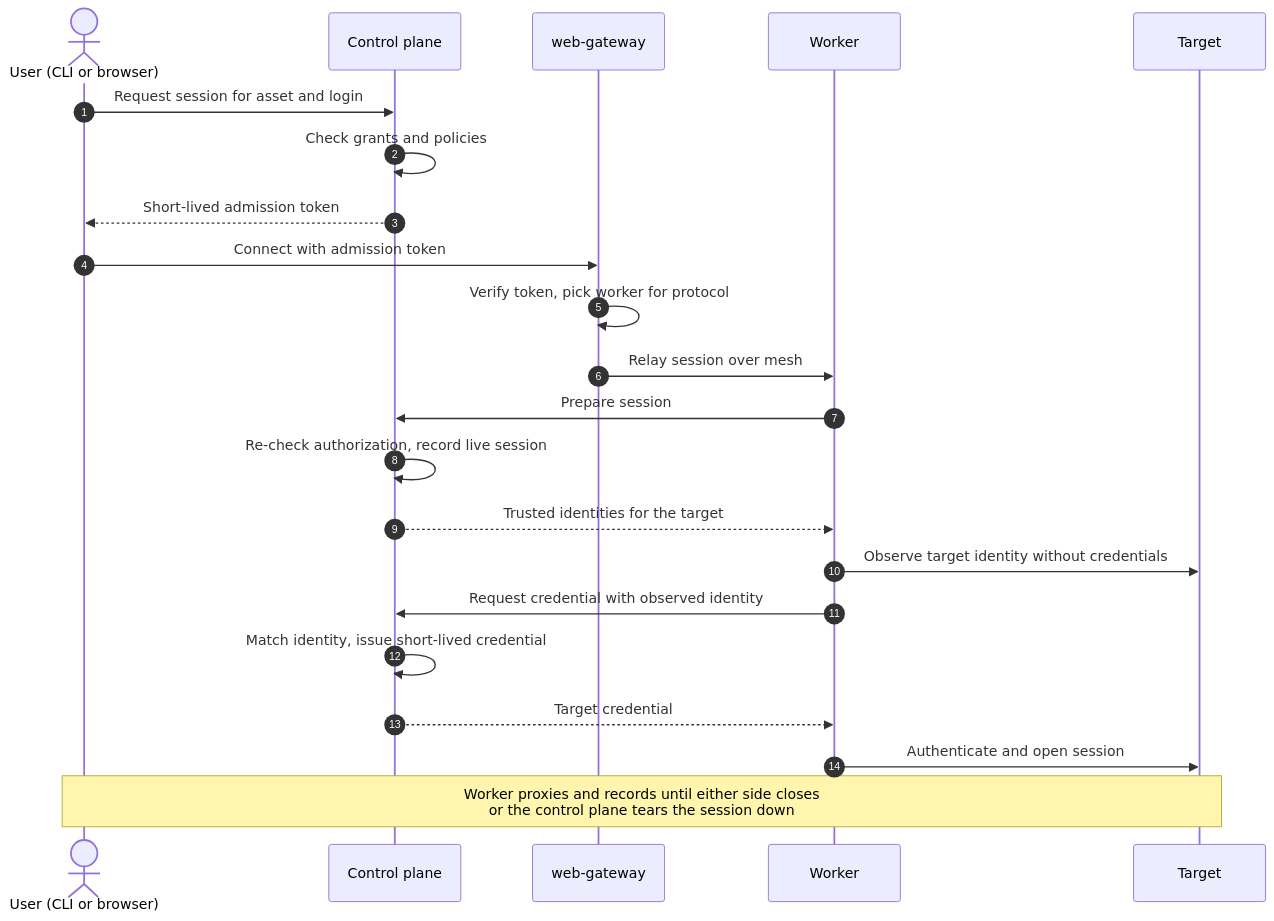
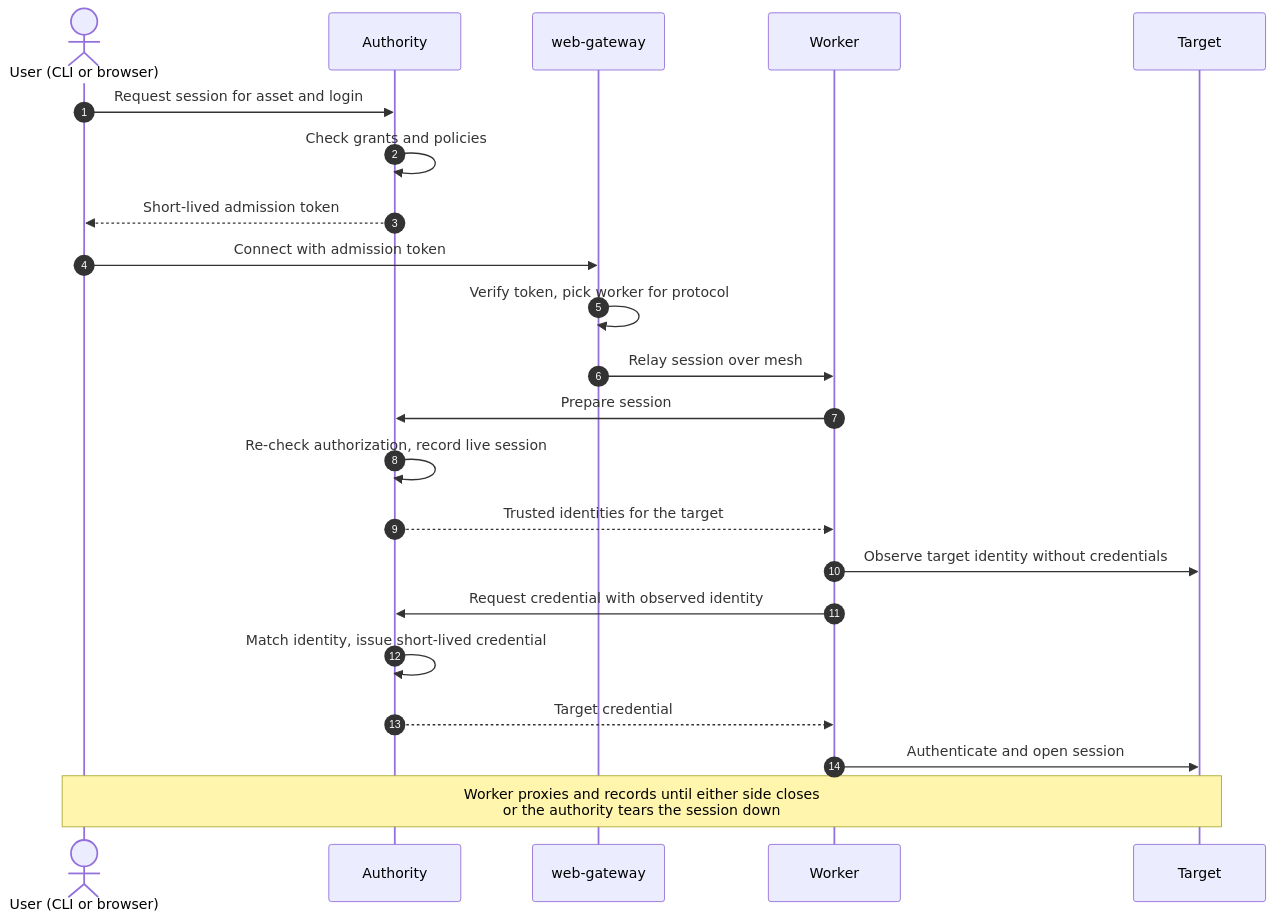
The second of 6 diagrams in teps/0002-architecture/README.md (tidegate-dev/enhancements), drawn with Mermaid before and after one commit. The commit also changed other lines of this file, not shown here.

First line of the commit message:
docs: rename the control plane to the authority in TEP-0002 (#9)

````diff
--- a/teps/0002-architecture/README.md
+++ b/teps/0002-architecture/README.md
@@ -197,25 +197,25 @@
 ```mermaid
 sequenceDiagram
     autonumber
     actor U as User (CLI or browser)
-    participant CP as Control plane
+    participant AU as Authority
     participant GW as web-gateway
     participant W as Worker
     participant T as Target
 
-    U->>CP: Request session for asset and login
-    CP->>CP: Check grants and policies
-    CP-->>U: Short-lived admission token
+    U->>AU: Request session for asset and login
+    AU->>AU: Check grants and policies
+    AU-->>U: Short-lived admission token
     U->>GW: Connect with admission token
     GW->>GW: Verify token, pick worker for protocol
     GW->>W: Relay session over mesh
-    W->>CP: Prepare session
-    CP->>CP: Re-check authorization, record live session
-    CP-->>W: Trusted identities for the target
+    W->>AU: Prepare session
+    AU->>AU: Re-check authorization, record live session
+    AU-->>W: Trusted identities for the target
     W->>T: Observe target identity without credentials
-    W->>CP: Request credential with observed identity
-    CP->>CP: Match identity, issue short-lived credential
-    CP-->>W: Target credential
+    W->>AU: Request credential with observed identity
+    AU->>AU: Match identity, issue short-lived credential
+    AU-->>W: Target credential
     W->>T: Authenticate and open session
-    Note over U,T: Worker proxies and records until either side closes<br>or the control plane tears the session down
+    Note over U,T: Worker proxies and records until either side closes<br>or the authority tears the session down
 ```
````
